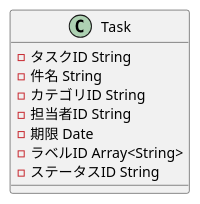
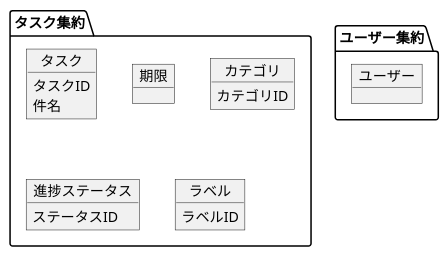
The diagram in 01_ToDoApp/01_DDD/03_DomainModel/uml.pu (s-koyanagi/dev-document), drawn with PlantUML before and after one commit.

Commit message:
オブジェクトの洗い出し

```diff
--- a/01_ToDoApp/01_DDD/03_DomainModel/uml.pu
+++ b/01_ToDoApp/01_DDD/03_DomainModel/uml.pu
@@ -1,11 +1,26 @@
 @startuml
-class Task {
-    - タスクID String
-    - 件名 String
-    - カテゴリID String
-    - 担当者ID String
-    - 期限 Date
-    - ラベルID Array<String>
-    - ステータスID String
+package タスク集約 {
+    object タスク {
+        タスクID
+        件名
+    }
+    object 期限 {
+    }
+    object カテゴリ {
+        カテゴリID
+    }
+    object 進捗ステータス {
+        ステータスID
+    }
+    object ラベル {
+        ラベルID
+    }
 }
+
+package ユーザー集約 {
+    object ユーザー {
+    }
+}
+
+
 @enduml
```
